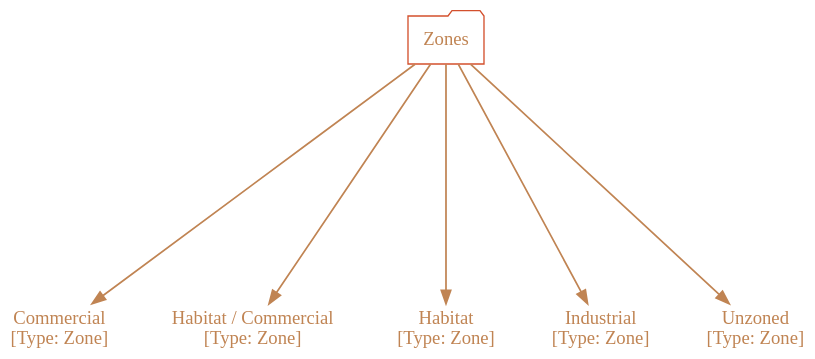
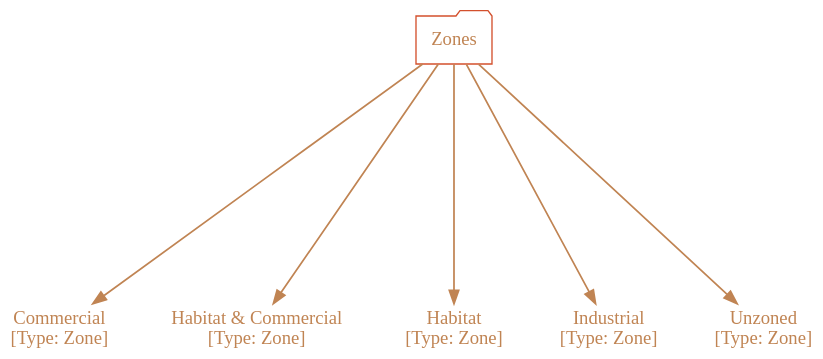
Before and after one commit to cartesiantheatre/handbook: the diagram in Handbook/Game_Mechanics/Graphviz/Simulation_Zones.dot.gv, drawn with Graphviz. The commit also changed 16 other files, not shown here.

```diff
--- a/Handbook/Game_Mechanics/Graphviz/Simulation_Zones.dot.gv
+++ b/Handbook/Game_Mechanics/Graphviz/Simulation_Zones.dot.gv
@@ -1,49 +1,49 @@
 /*
   This is part of the Avaneya Project Crew Handbook.
   Copyright (C) 2010, 2011, 2012
     Cartesian Theatre.
   See the file License for copying conditions.
   
   To manually compile:
       $ sudo aptitude install graphviz
       $ twopi -Tpdf Simulation_Zones.twopi.gv -o Simulation_Zones.pdf
 */
 
 digraph Simulation_Zones
 {
     // Graph attributes...
 	bgcolor="transparent";
 	margin="0";
 	ratio="auto";
     ranksep="2.5";
     pad="0.5,0.5";
     compound="true";
     overlap="vpsc";
     root="Zones";
 
 	// Node attributes...
 	node[color="#d3502dff"];
 	node[fillcolor="gray10"];
     node[fontcolor="#c08453ff"];
     node[fontname="Ubuntu"];
     node[shape="none"]
 	
 	// Edge attributes...
 	edge[color="#c08453ff"];
 	edge[penwidth="1.3"];
 
     // Zones...
     "Commercial"[label="Commercial\n[Type: Zone]"];
-    "Habitat / Commercial"[label="Habitat / Commercial\n[Type: Zone]"]
+    "Habitat & Commercial"[label="Habitat & Commercial\n[Type: Zone]"]
     "Habitat"[label="Habitat\n[Type: Zone]"];
     "Industrial"[label="Industrial\n[Type: Zone]"];
     "Unzoned"[label="Unzoned\n[Type: Zone]"];    
 
     // Relations...
     "Zones"[shape="folder"];
         "Zones" -> "Commercial";
         "Zones" -> "Habitat";
-        "Zones" -> "Habitat / Commercial";
+        "Zones" -> "Habitat & Commercial";
         "Zones" -> "Industrial";
         "Zones" -> "Unzoned";
 }
```
